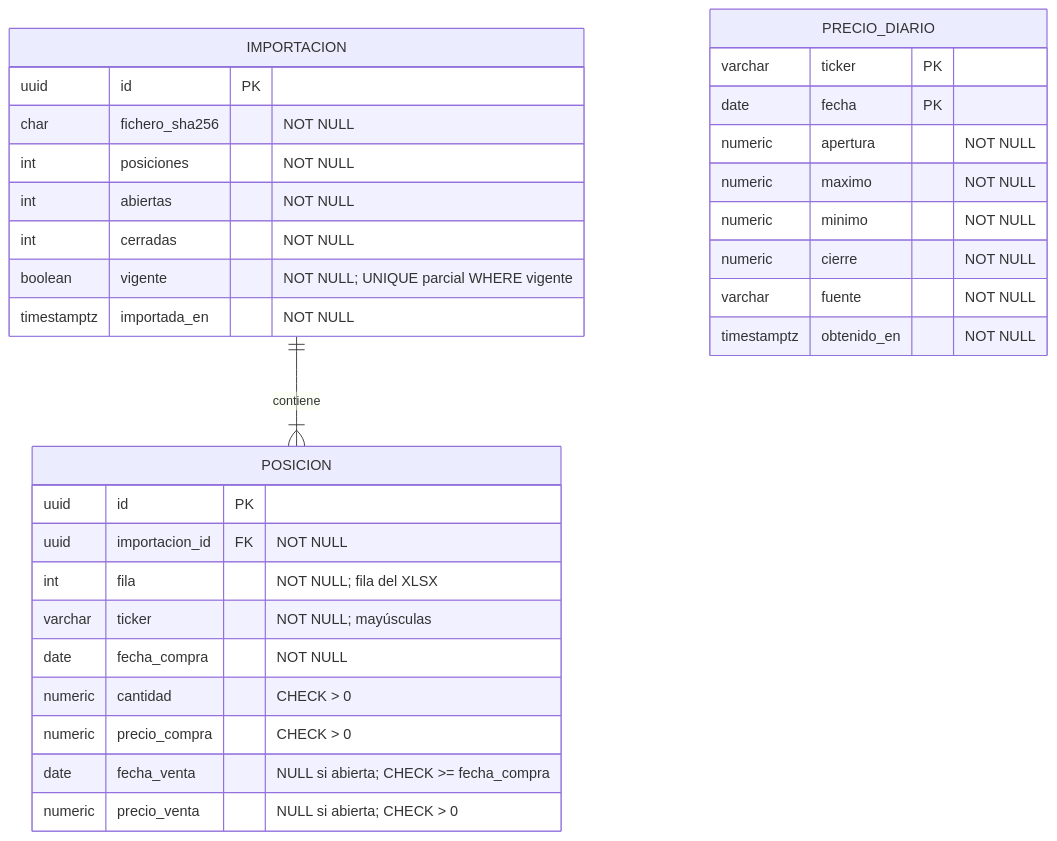
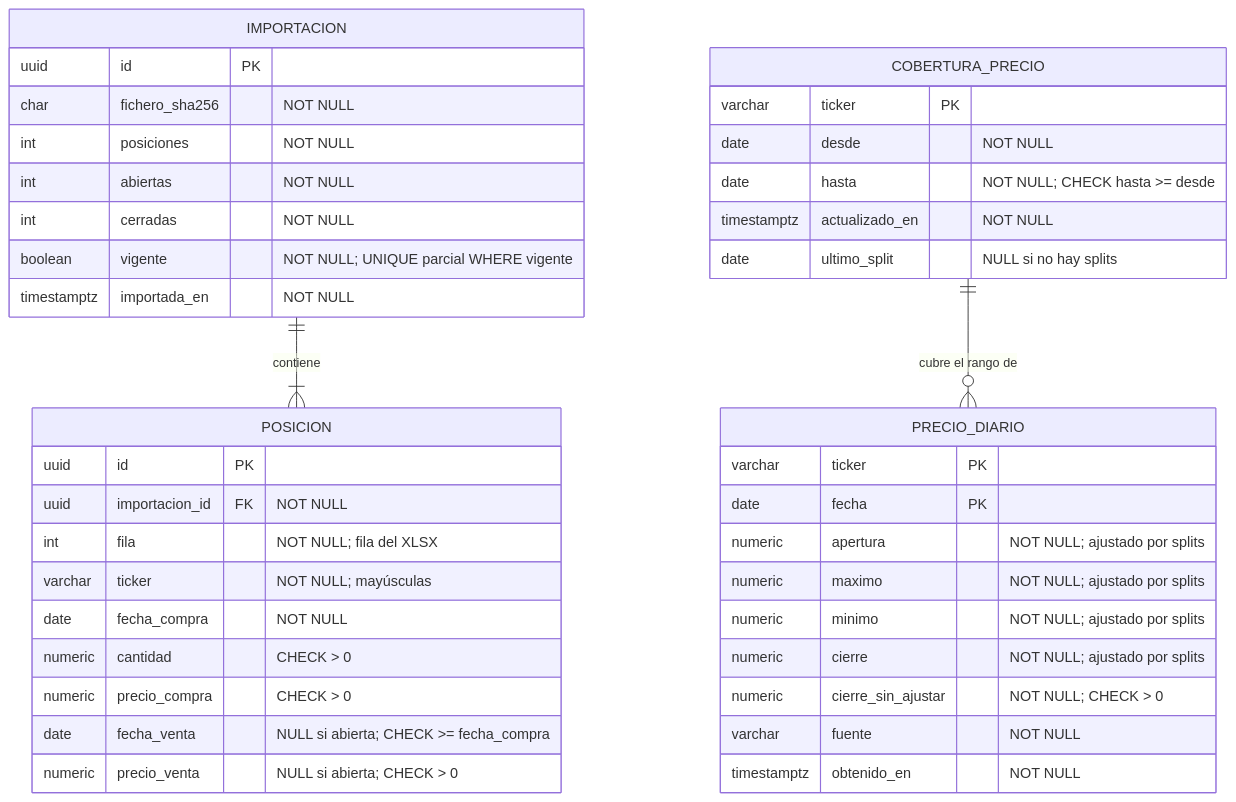
The third of 3 diagrams in readme.md (mobiletestapplication/AI4Devs-finalproject), drawn with Mermaid before and after one commit. The commit also changed other lines of this file and 11 other files, not shown here.

````diff
--- a/readme.md
+++ b/readme.md
@@ -313,35 +527,44 @@
 ```mermaid
 erDiagram
     IMPORTACION ||--|{ POSICION : "contiene"
 
     IMPORTACION {
         uuid id PK
         char fichero_sha256 "NOT NULL"
         int posiciones "NOT NULL"
         int abiertas "NOT NULL"
         int cerradas "NOT NULL"
         boolean vigente "NOT NULL; UNIQUE parcial WHERE vigente"
         timestamptz importada_en "NOT NULL"
     }
     POSICION {
         uuid id PK
         uuid importacion_id FK "NOT NULL"
         int fila "NOT NULL; fila del XLSX"
         varchar ticker "NOT NULL; mayúsculas"
         date fecha_compra "NOT NULL"
         numeric cantidad "CHECK > 0"
         numeric precio_compra "CHECK > 0"
         date fecha_venta "NULL si abierta; CHECK >= fecha_compra"
         numeric precio_venta "NULL si abierta; CHECK > 0"
     }
     PRECIO_DIARIO {
         varchar ticker PK
         date fecha PK
-        numeric apertura "NOT NULL"
-        numeric maximo "NOT NULL"
-        numeric minimo "NOT NULL"
-        numeric cierre "NOT NULL"
+        numeric apertura "NOT NULL; ajustado por splits"
+        numeric maximo "NOT NULL; ajustado por splits"
+        numeric minimo "NOT NULL; ajustado por splits"
+        numeric cierre "NOT NULL; ajustado por splits"
+        numeric cierre_sin_ajustar "NOT NULL; CHECK > 0"
         varchar fuente "NOT NULL"
         timestamptz obtenido_en "NOT NULL"
     }
+    COBERTURA_PRECIO {
+        varchar ticker PK
+        date desde "NOT NULL"
+        date hasta "NOT NULL; CHECK hasta >= desde"
+        timestamptz actualizado_en "NOT NULL"
+        date ultimo_split "NULL si no hay splits"
+    }
+    COBERTURA_PRECIO ||--o{ PRECIO_DIARIO : "cubre el rango de"
 ```
````
